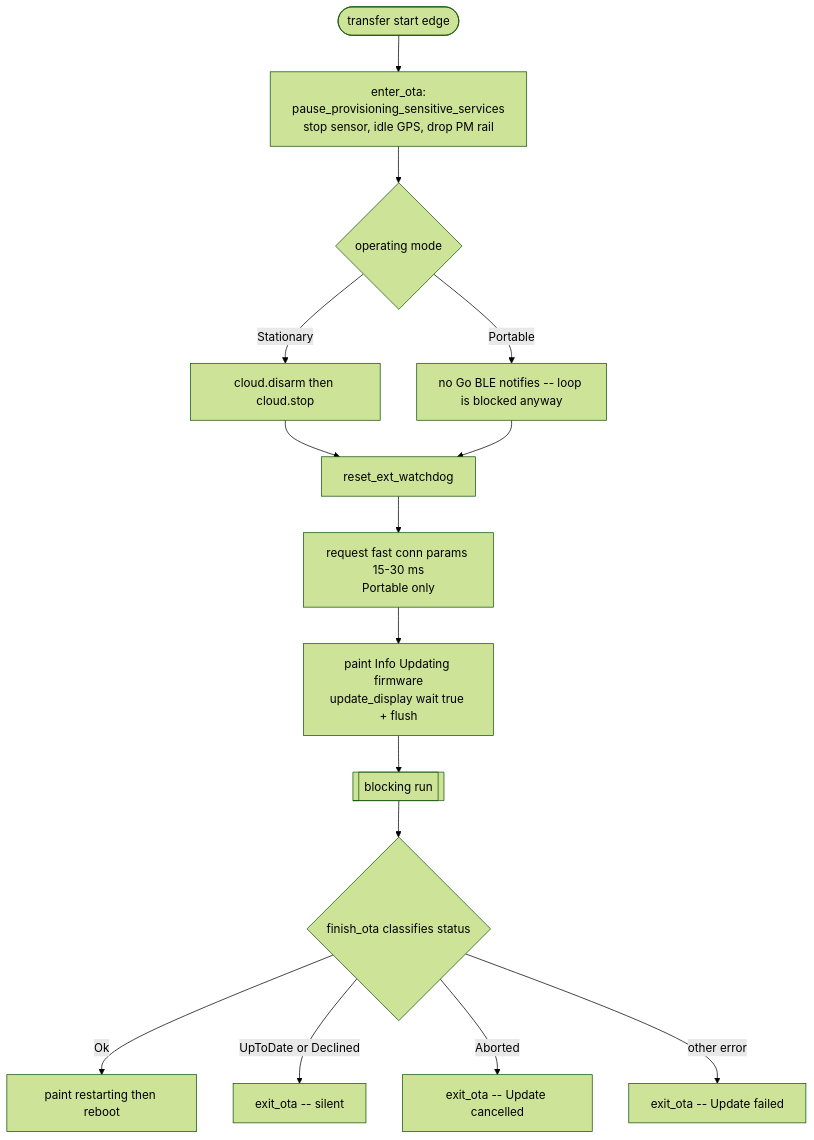
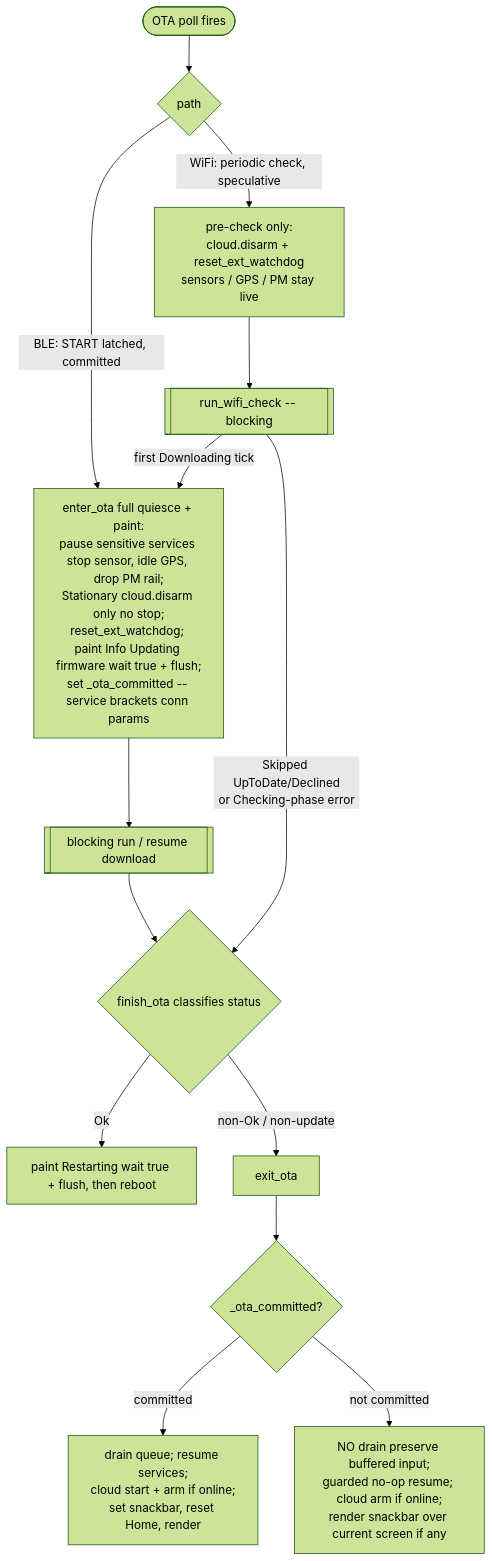
One commit to mattMRBH/firmware-core changed the second of 2 diagrams in products/go/specs/ota.md. Above: the diagram before and after it, drawn with Mermaid (forest theme). The commit also changed other lines of this file and 8 other files, not shown here.

First line of the commit message:
docs(ota): document OTA service and integration

````diff
--- a/products/go/specs/ota.md
+++ b/products/go/specs/ota.md
@@ -347,17 +482,16 @@
 ```mermaid
 flowchart TD
-    Start([transfer start edge]) --> Pause[enter_ota:<br/>pause_provisioning_sensitive_services<br/>stop sensor, idle GPS, drop PM rail]
-    Pause --> Mode{operating mode}
-    Mode -->|Stationary| Cloud[cloud.disarm then cloud.stop]
-    Mode -->|Portable| Ble[no Go BLE notifies -- loop is blocked anyway]
-    Cloud --> Wdt[reset_ext_watchdog]
-    Ble --> Wdt
-    Wdt --> Conn[request fast conn params 15-30 ms<br/>Portable only]
-    Conn --> Paint[paint Info Updating firmware<br/>update_display wait true + flush]
-    Paint --> Run[[blocking run]]
-    Run --> Term{finish_ota classifies status}
-    Term -->|Ok| Reboot[paint restarting then reboot]
-    Term -->|UpToDate or Declined| Quiet[exit_ota -- silent]
-    Term -->|Aborted| Cancel[exit_ota -- Update cancelled]
-    Term -->|other error| Fail[exit_ota -- Update failed]
+    Poll([OTA poll fires]) --> Kind{path}
+    Kind -->|BLE: START latched, committed| Commit
+    Kind -->|WiFi: periodic check, speculative| Pre[pre-check only:<br/>cloud.disarm + reset_ext_watchdog<br/>sensors / GPS / PM stay live]
+    Pre --> Wifi[[run_wifi_check -- blocking]]
+    Wifi -->|first Downloading tick| Commit[enter_ota full quiesce + paint:<br/>pause sensitive services stop sensor, idle GPS, drop PM rail;<br/>Stationary cloud.disarm only no stop;<br/>reset_ext_watchdog; paint Info Updating firmware wait true + flush;<br/>set _ota_committed -- service brackets conn params]
+    Commit --> Run[[blocking run / resume download]]
+    Wifi -->|Skipped UpToDate/Declined<br/>or Checking-phase error| Done
+    Run --> Done{finish_ota classifies status}
+    Done -->|Ok| Reboot[paint Restarting wait true + flush, then reboot]
+    Done -->|non-Ok / non-update| Exit[exit_ota]
+    Exit --> Gate{_ota_committed?}
+    Gate -->|committed| Full[drain queue; resume services;<br/>cloud start + arm if online;<br/>set snackbar, reset Home, render]
+    Gate -->|not committed| Light[NO drain preserve buffered input;<br/>guarded no-op resume; cloud arm if online;<br/>render snackbar over current screen if any]
 ```
````
